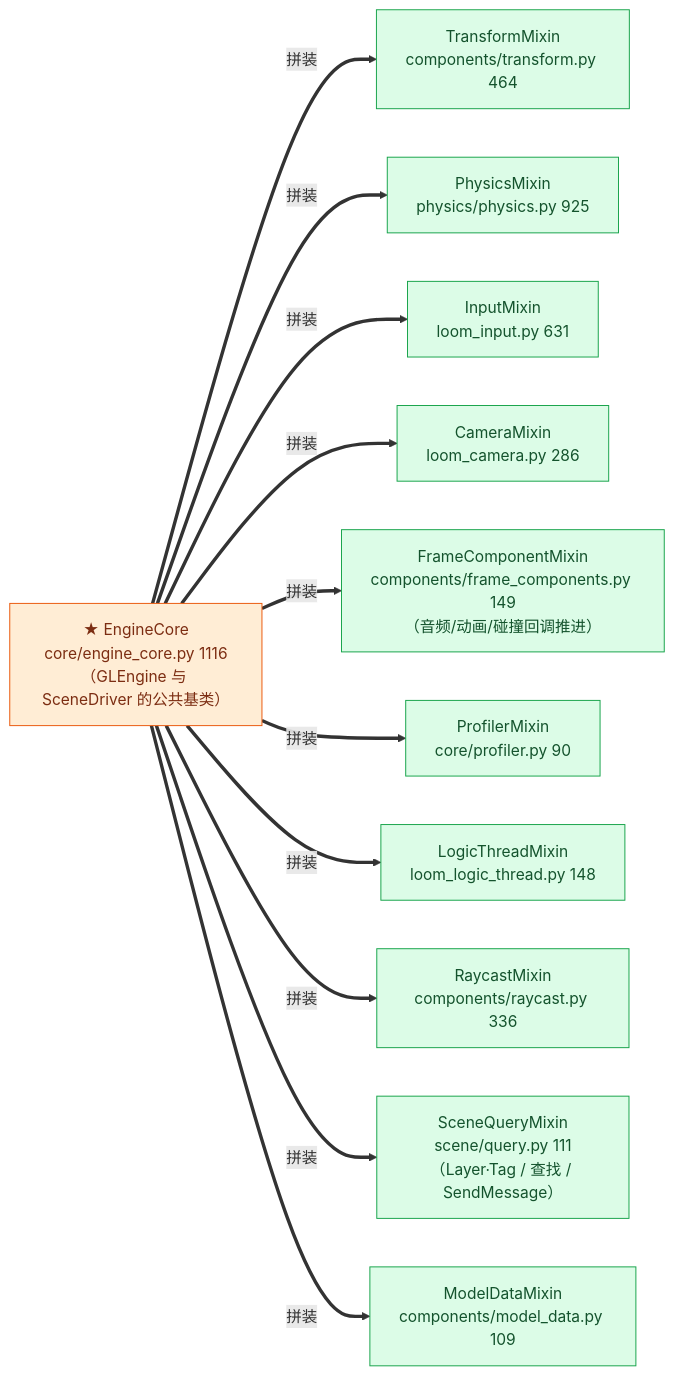
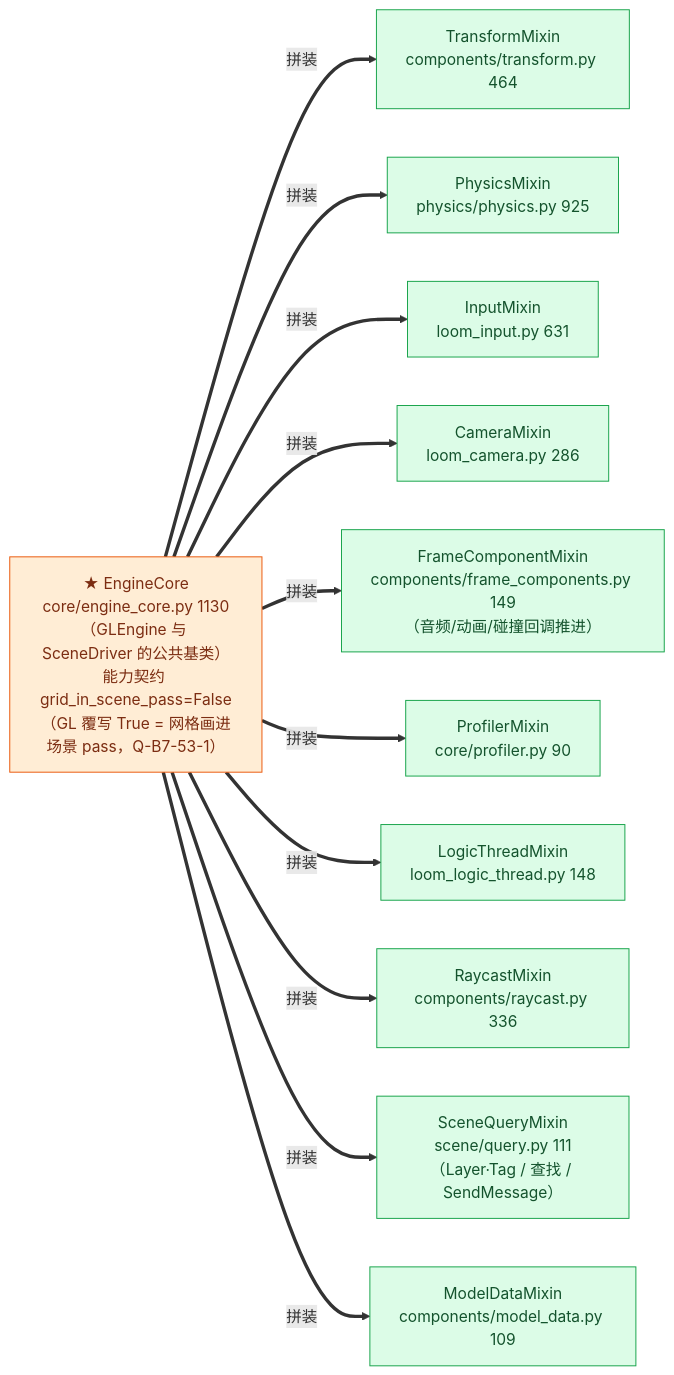
The third of 23 diagrams in ARCHITECTURE.md (lhy302/WeaveEngine), drawn with Mermaid before and after one commit. The commit also changed other lines of this file, not shown here.

Commit message:
B7-55~59 架构图同步：23 图按实况刷新（HEAD 01ca8a9；168 .py/63431 行；+7 门 + test_hub_update 106；run_all ~170 文件/6341 PASS/0 FAIL）

````diff
--- a/ARCHITECTURE.md
+++ b/ARCHITECTURE.md
@@ -218,26 +232,26 @@
 ```mermaid
 flowchart LR
-  K["★ EngineCore<br/>core/engine_core.py 1116<br/>（GLEngine 与 SceneDriver 的公共基类）"]:::contract
+  K["★ EngineCore<br/>core/engine_core.py 1130<br/>（GLEngine 与 SceneDriver 的公共基类）<br/>能力契约 grid_in_scene_pass=False<br/>（GL 覆写 True = 网格画进场景 pass，Q-B7-53-1）"]:::contract
   S1["TransformMixin<br/>components/transform.py 464"]:::impl
   S2["PhysicsMixin<br/>physics/physics.py 925"]:::impl
   S3["InputMixin<br/>loom_input.py 631"]:::impl
   S4["CameraMixin<br/>loom_camera.py 286"]:::impl
   S5["FrameComponentMixin<br/>components/frame_components.py 149<br/>（音频/动画/碰撞回调推进）"]:::impl
   S6["ProfilerMixin<br/>core/profiler.py 90"]:::impl
   S7["LogicThreadMixin<br/>loom_logic_thread.py 148"]:::impl
   S8["RaycastMixin<br/>components/raycast.py 336"]:::impl
   S9["SceneQueryMixin<br/>scene/query.py 111<br/>（Layer·Tag / 查找 / SendMessage）"]:::impl
   S10["ModelDataMixin<br/>components/model_data.py 109"]:::impl
   K ==>|拼装| S1
   K ==>|拼装| S2
   K ==>|拼装| S3
   K ==>|拼装| S4
   K ==>|拼装| S5
   K ==>|拼装| S6
   K ==>|拼装| S7
   K ==>|拼装| S8
   K ==>|拼装| S9
   K ==>|拼装| S10
   classDef contract fill:#ffedd5,stroke:#ea580c,color:#7c2d12
   classDef impl fill:#dcfce7,stroke:#16a34a,color:#14532d
 ```
````
